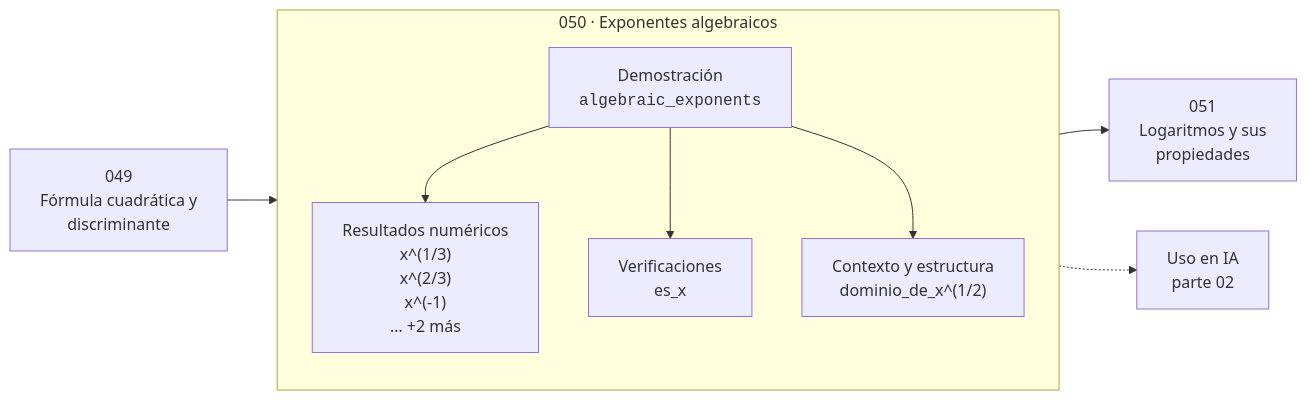
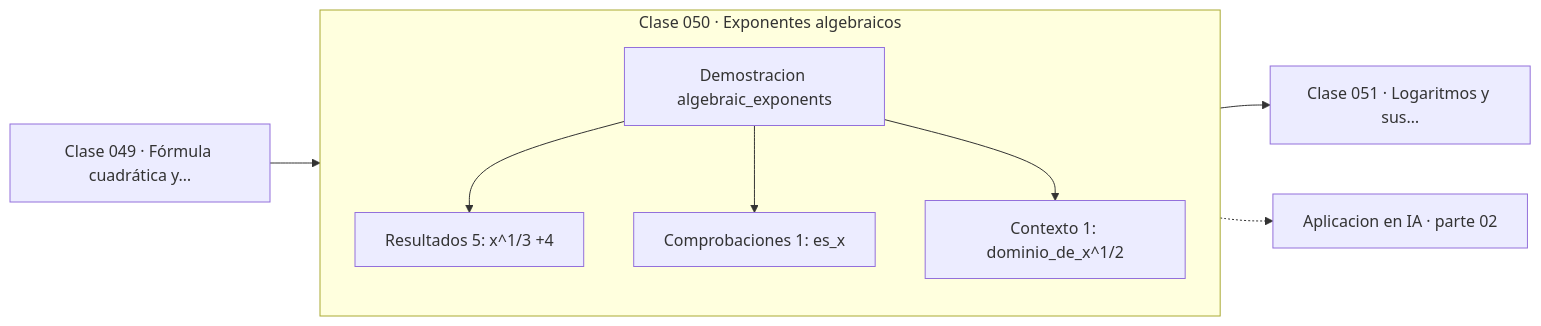
The diagram in classes/part-02-algebra-y-funciones/050-exponentes-algebraicos/README.md (vladimiracunadev-create/computational-mathematics-program), drawn with Mermaid before and after one commit. The commit also changed 389 other files, not shown here.

First line of the commit message:
fix(diagramas): elimina el HTML de las etiquetas Mermaid

````diff
--- a/classes/part-02-algebra-y-funciones/050-exponentes-algebraicos/README.md
+++ b/classes/part-02-algebra-y-funciones/050-exponentes-algebraicos/README.md
@@ -36,12 +36,13 @@
 ```mermaid
 flowchart LR
-    P["049<br/>Fórmula cuadrática y<br/>discriminante"] --> C
-    subgraph C["050 · Exponentes algebraicos"]
+    P["Clase 049 · Fórmula cuadrática y…"] --> D
+    subgraph CLASE["Clase 050 · Exponentes algebraicos"]
         direction TB
-        D["Demostración<br/><code>algebraic_exponents</code>"] --> R["Resultados numéricos<br/>x^(1/3)<br/>x^(2/3)<br/>x^(-1)<br/>… +2 más"]
-        D --> V["Verificaciones<br/>es_x"]
-        D --> O["Contexto y estructura<br/>dominio_de_x^(1/2)"]
+        D["Demostracion algebraic_exponents"]
+        D --> R["Resultados 5: x^1/3 +4"]
+        D --> V["Comprobaciones 1: es_x"]
+        D --> O["Contexto 1: dominio_de_x^1/2"]
     end
-    C --> N["051<br/>Logaritmos y sus<br/>propiedades"]
-    C -.-> IA["Uso en IA<br/>parte 02"]
+    R --> N["Clase 051 · Logaritmos y sus…"]
+    V -.-> IA["Aplicacion en IA · parte 02"]
 ```
````
